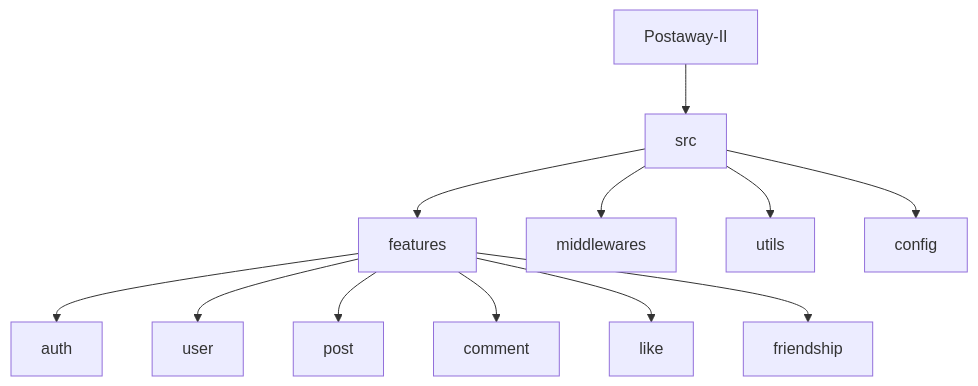
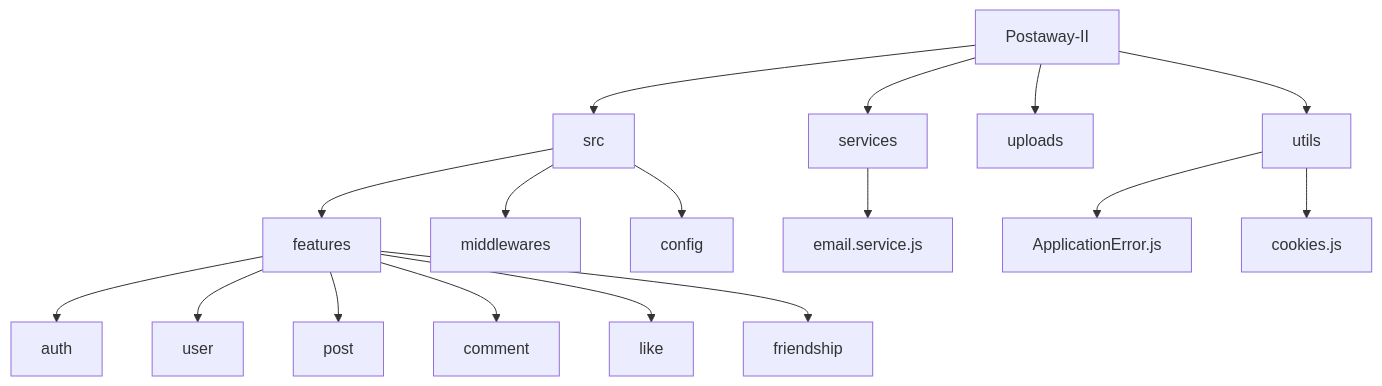
The first of 2 diagrams in readme.md (UjjwalShakeya/Postaway-II), drawn with Mermaid before and after one commit.

Commit message:
docs(readme): updated Mermaid diagrams

````diff
--- a/readme.md
+++ b/readme.md
@@ -66,14 +66,22 @@
 ```mermaid
 graph TD
 A[Postaway-II] --> B[src]
 B --> C[features]
 C --> D[auth]
 C --> E[user]
 C --> F[post]
 C --> G[comment]
 C --> H[like]
 C --> I[friendship]
 B --> J[middlewares]
-B --> K[utils]
-B --> L[config]
+B --> K[config]
+
+A --> L[services]
+L --> L1[email.service.js]
+
+A --> M[uploads]
+
+A --> N[utils]
+N --> N1[ApplicationError.js]
+N --> N2[cookies.js]
 ```
````
